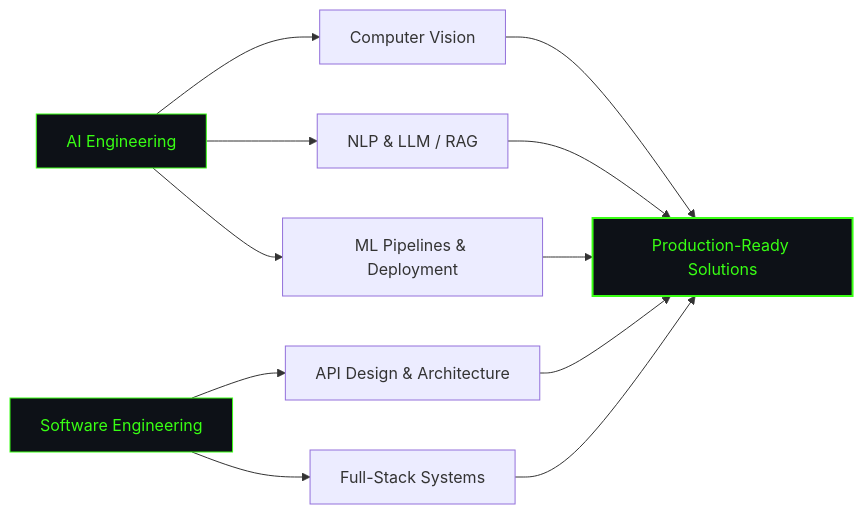
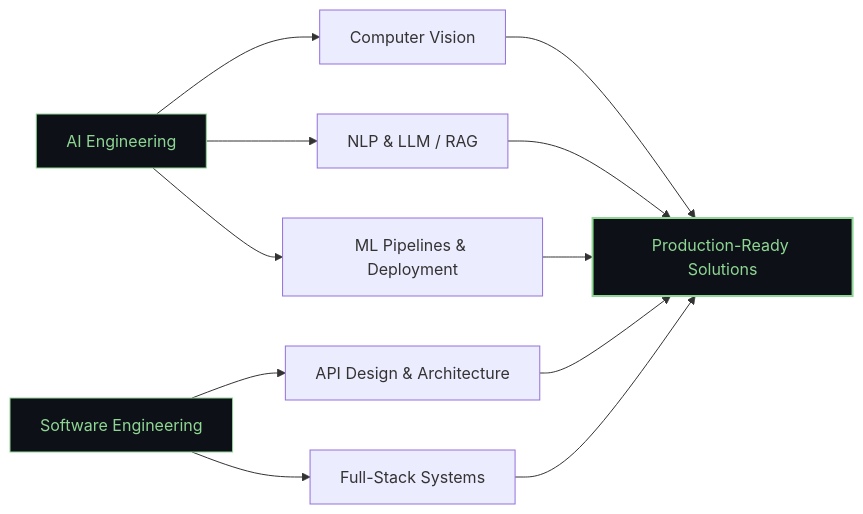
One commit to Omaryone1w1/Omaryone1w1 changed the first of 2 diagrams in README.md. Above: the diagram before and after it, drawn with Mermaid. The commit also changed other lines of this file, not shown here.

````diff
--- a/README.md
+++ b/README.md
@@ -29,16 +29,16 @@
 ```mermaid
 flowchart LR
     A[AI Engineering] --> B[Computer Vision]
     A --> C[NLP & LLM / RAG]
     A --> D[ML Pipelines & Deployment]
     E[Software Engineering] --> F[API Design & Architecture]
     E --> G[Full-Stack Systems]
     B --> H[Production-Ready Solutions]
     C --> H
     D --> H
     F --> H
     G --> H
-    style A fill:#0d1117,stroke:#39FF14,color:#39FF14
-    style E fill:#0d1117,stroke:#39FF14,color:#39FF14
-    style H fill:#0d1117,stroke:#39FF14,color:#39FF14,stroke-width:2px
+    style A fill:#0d1117,stroke:#8FD694,color:#8FD694
+    style E fill:#0d1117,stroke:#8FD694,color:#8FD694
+    style H fill:#0d1117,stroke:#8FD694,color:#8FD694,stroke-width:2px
 ```
````
